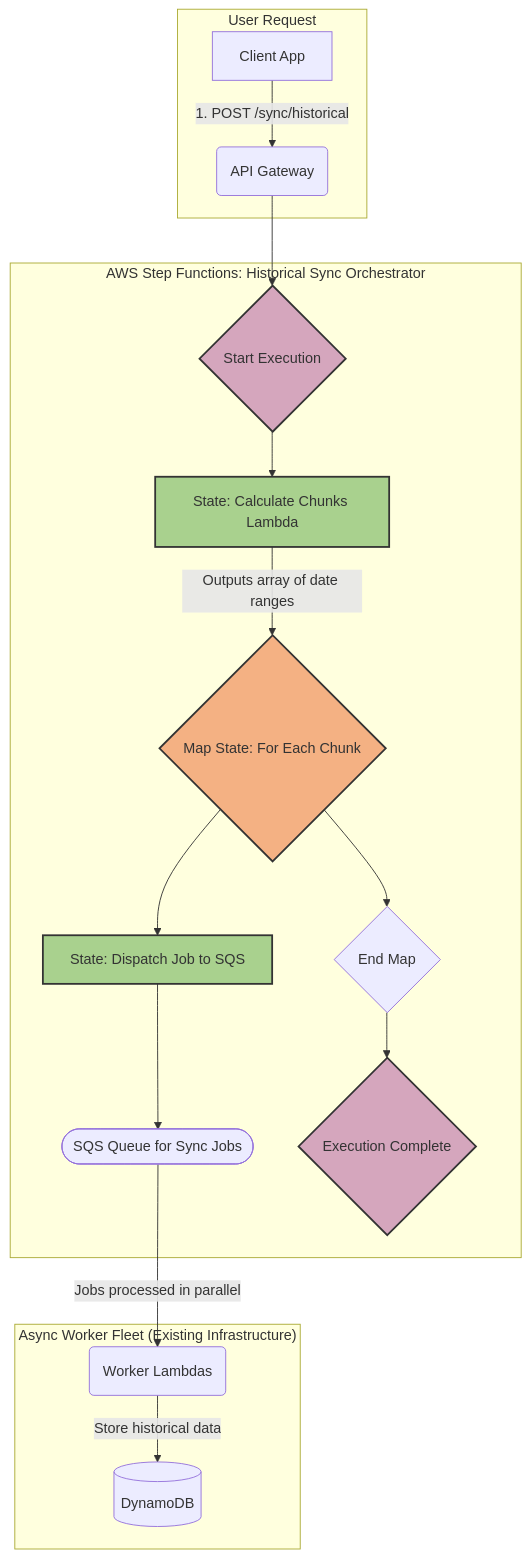
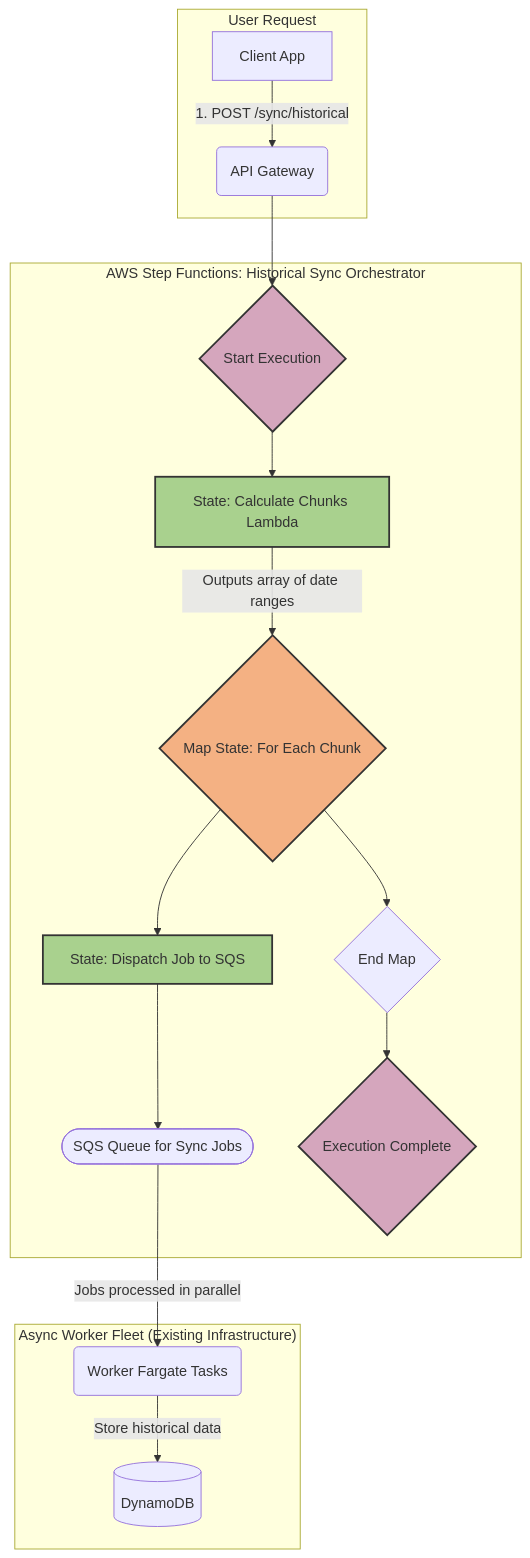
Before and after one commit to dino10bit/healthsync: the second of 2 diagrams in 16-performance-optimization.md, drawn with Mermaid. The commit also changed other lines of this file, not shown here.

First line of the commit message:
Update 16-performance-optimization.md for Fargate

````diff
--- a/16-performance-optimization.md
+++ b/16-performance-optimization.md
@@ -146,27 +136,27 @@
     ```mermaid
     graph TD
         subgraph "User Request"
             A[Client App] -->|1. POST /sync/historical| B(API Gateway)
         end
 
         subgraph "AWS Step Functions: Historical Sync Orchestrator"
             B --> C{Start Execution};
             C --> D[State: Calculate Chunks Lambda];
             D -->|Outputs array of date ranges| E{Map State: For Each Chunk};
             E --> F[State: Dispatch Job to SQS];
             F --> G([SQS Queue for Sync Jobs]);
             E --> H{End Map};
             H --> I{Execution Complete};
         end
 
         subgraph "Async Worker Fleet (Existing Infrastructure)"
-            G -->|Jobs processed in parallel| J(Worker Lambdas);
+            G -->|Jobs processed in parallel| J(Worker Fargate Tasks);
             J -->|Store historical data| K[(DynamoDB)];
         end
 
         style C fill:#D5A6BD,stroke:#333,stroke-width:2px
         style I fill:#D5A6BD,stroke:#333,stroke-width:2px
         style D fill:#A9D18E,stroke:#333,stroke-width:2px
         style F fill:#A9D18E,stroke:#333,stroke-width:2px
         style E fill:#F4B183,stroke:#333,stroke-width:2px
     ```
````
